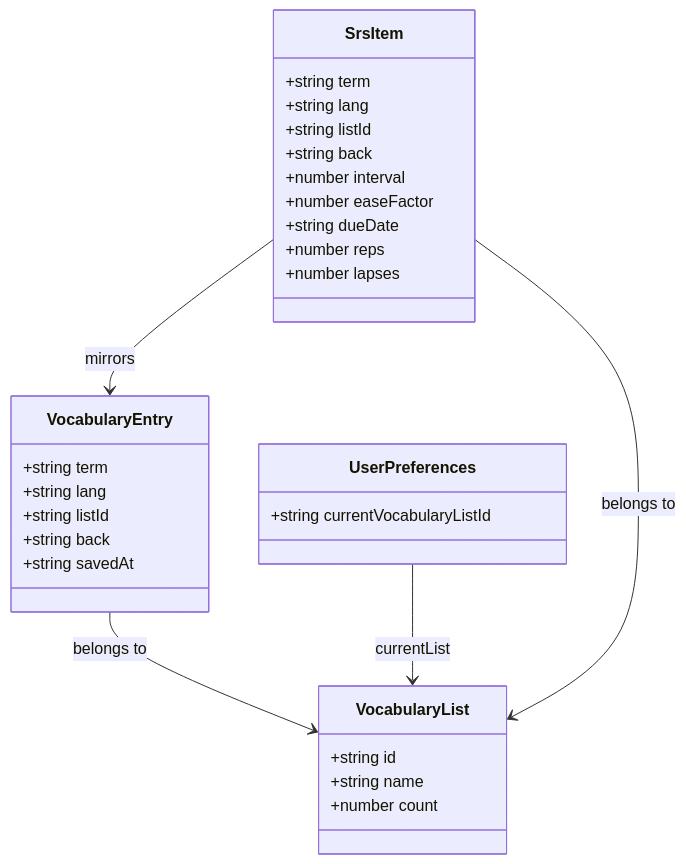
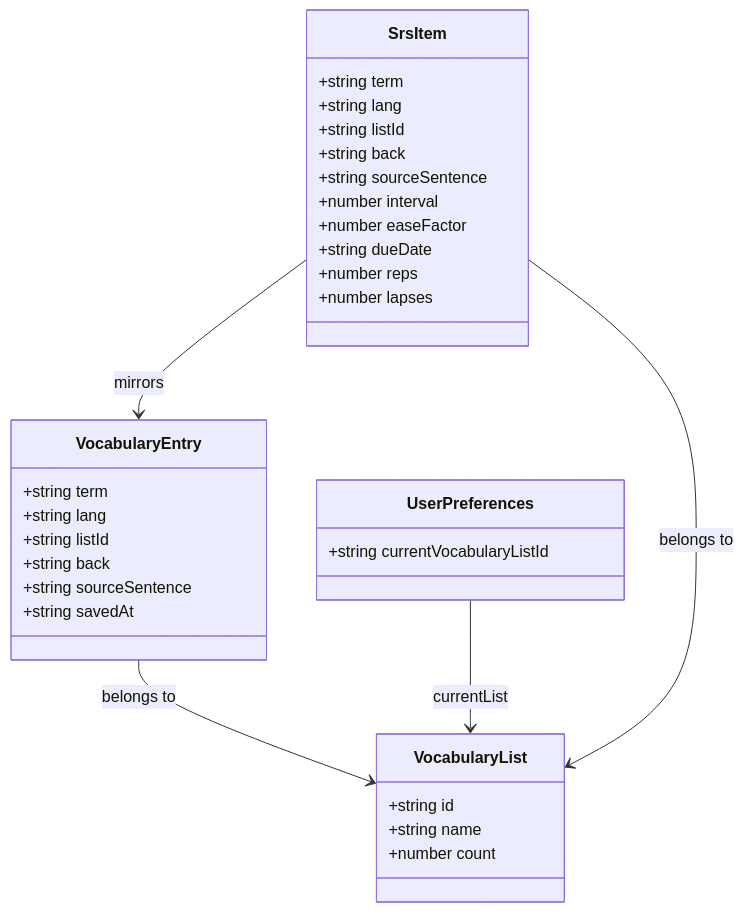
One commit to remarcmij/taalwiz-mono changed diagram 17 of 18 in apps/web/ARCHITECTURE.md. Above: the diagram before and after it, drawn with Mermaid. The commit also changed other lines of this file and 18 other files, not shown here.

````diff
--- a/apps/web/ARCHITECTURE.md
+++ b/apps/web/ARCHITECTURE.md
@@ -643,37 +644,39 @@
 ```mermaid
 classDiagram
     class VocabularyList {
         +string id
         +string name
         +number count
     }
 
     class VocabularyEntry {
         +string term
         +string lang
         +string listId
         +string back
+        +string sourceSentence
         +string savedAt
     }
 
     class UserPreferences {
         +string currentVocabularyListId
     }
 
     class SrsItem {
         +string term
         +string lang
         +string listId
         +string back
+        +string sourceSentence
         +number interval
         +number easeFactor
         +string dueDate
         +number reps
         +number lapses
     }
 
     VocabularyEntry --> VocabularyList : belongs to
     UserPreferences --> VocabularyList : currentList
     SrsItem --> VocabularyList : belongs to
     SrsItem --> VocabularyEntry : mirrors
 ```
````
